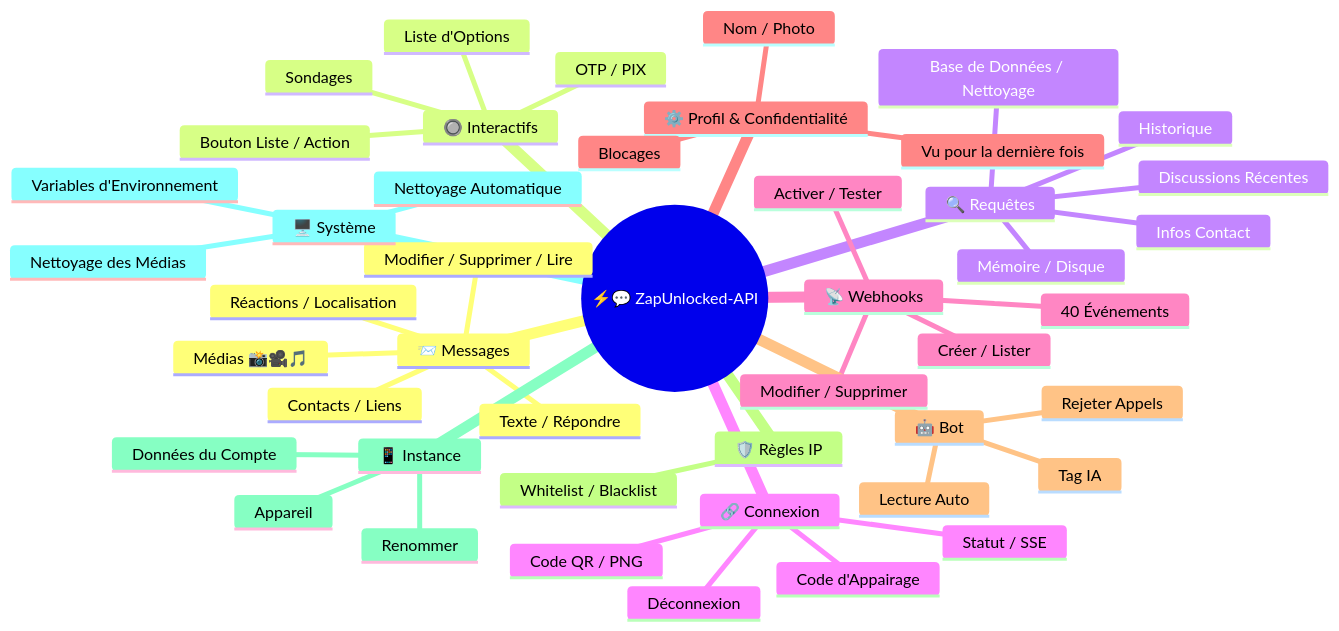
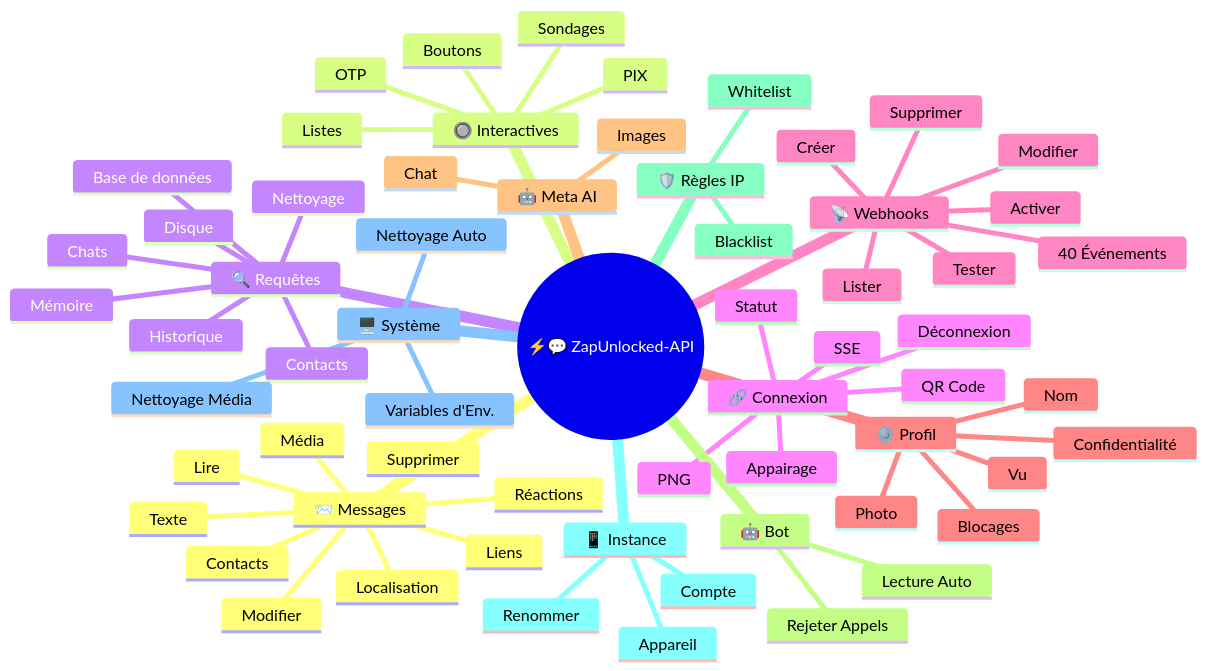
One commit to kauafpssx/ZapUnlocked-API changed the first of 2 diagrams in docs/translations/fr.md. Above: the diagram before and after it, drawn with Mermaid. The commit also changed other lines of this file and 12 other files, not shown here.

````diff
--- a/docs/translations/fr.md
+++ b/docs/translations/fr.md
@@ -55,49 +56,75 @@
 ```mermaid
 mindmap
   root((⚡💬 ZapUnlocked-API))
     📨 Messages
-      Texte / Répondre
-      Médias 📸🎥🎵
-      Réactions / Localisation
-      Contacts / Liens
-      Modifier / Supprimer / Lire
-    🔘 Interactifs
-      Bouton Liste / Action
-      OTP / PIX
-      Liste d'Options
+      Texte
+      Média
+      Réactions
+      Localisation
+      Contacts
+      Liens
+      Modifier
+      Supprimer
+      Lire
+
+    🔘 Interactives
+      Boutons
+      Listes
+      OTP
+      PIX
       Sondages
+
     🔍 Requêtes
-      Infos Contact
+      Contacts
       Historique
-      Discussions Récentes
-      Mémoire / Disque
-      Base de Données / Nettoyage
+      Chats
+      Mémoire
+      Disque
+      Base de données
+      Nettoyage
+
     🔗 Connexion
-      Statut / SSE
-      Code QR / PNG
-      Code d'Appairage
+      Statut
+      SSE
+      QR Code
+      PNG
+      Appairage
       Déconnexion
+
     📡 Webhooks
-       Créer / Lister
-       Modifier / Supprimer
-       Activer / Tester
-       40 Événements
-    ⚙️ Profil & Confidentialité
-      Nom / Photo
-      Vu pour la dernière fois
+      Créer
+      Lister
+      Modifier
+      Supprimer
+      Activer
+      Tester
+      40 Événements
+
+    ⚙️ Profil
+      Nom
+      Photo
+      Confidentialité
+      Vu
       Blocages
+
+    🤖 Meta AI
+      Chat
+      Images
     🤖 Bot
-      Tag IA
+      Lecture Auto
       Rejeter Appels
-      Lecture Auto
+
     🛡️ Règles IP
-      Whitelist / Blacklist
+      Whitelist
+      Blacklist
+
     📱 Instance
-      Données du Compte
+      Compte
       Appareil
       Renommer
+
     🖥️ Système
-      Variables d'Environnement
-      Nettoyage des Médias
-      Nettoyage Automatique
+      Variables d'Env.
+      Nettoyage Média
+      Nettoyage Auto
 ```
````
